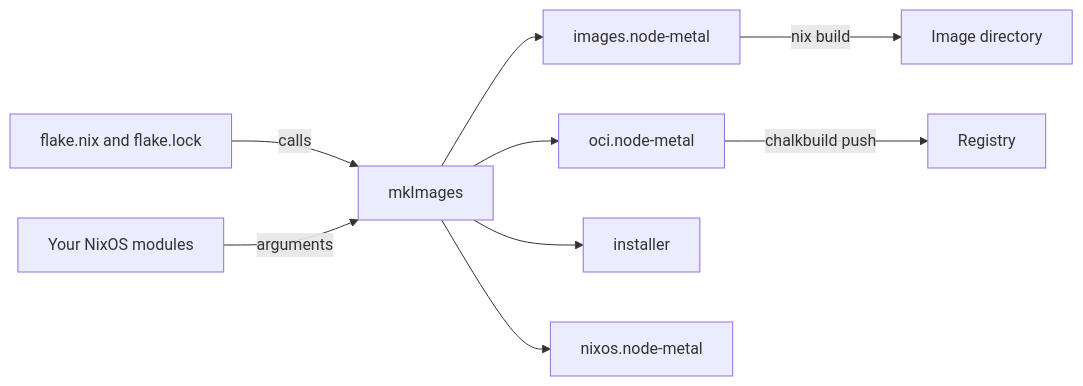
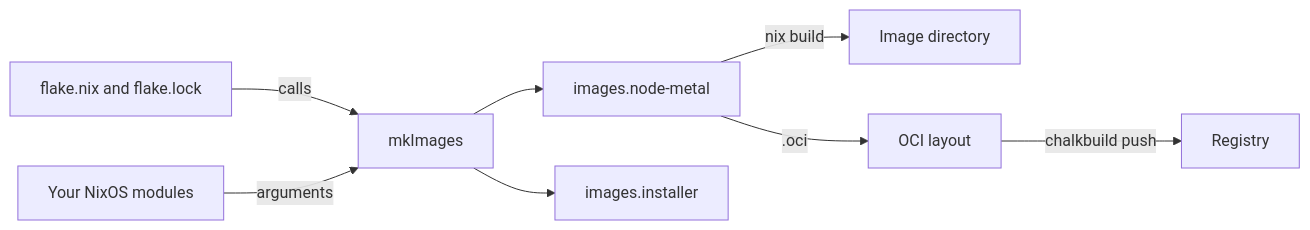
The diagram in docs/build/first-image.md (trevex/chalkos), drawn with Mermaid before and after one commit. The commit also changed other lines of this file and 68 other files, not shown here.

````diff
--- a/docs/build/first-image.md
+++ b/docs/build/first-image.md
@@ -170,11 +179,10 @@
 ```mermaid
 flowchart LR
     flake["flake.nix and flake.lock"] -->|calls| mk["mkImages"]
     mods["Your NixOS modules"] -->|arguments| mk
-    mk --> images["images.node-metal"]
-    mk --> oci["oci.node-metal"]
-    mk --> installer["installer"]
-    mk --> nixos["nixos.node-metal"]
-    images -->|nix build| dir["Image directory"]
+    mk --> image["images.node-metal"]
+    mk --> installer["images.installer"]
+    image -->|nix build| dir["Image directory"]
+    image -->|.oci| oci["OCI layout"]
     oci -->|chalkbuild push| registry["Registry"]
 ```
````
